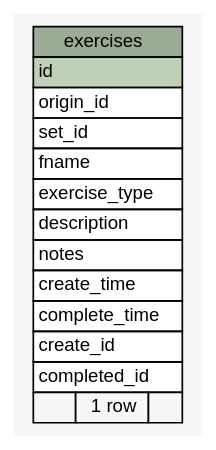
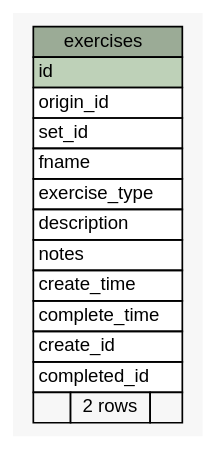
Before and after one commit to btv/DED_backend: the diagram in dbDocs/diagrams/summary/exercises.1degree.dot, drawn with Graphviz. The commit also changed 19 other files, not shown here.

```diff
--- a/dbDocs/diagrams/summary/exercises.1degree.dot
+++ b/dbDocs/diagrams/summary/exercises.1degree.dot
@@ -1,40 +1,40 @@
 // dot 2.42.3 on Mac OS X 10.15.4
 // SchemaSpy rev 590
 digraph "exercises" {
   graph [
     rankdir="RL"
     bgcolor="#f7f7f7"
     nodesep="0.18"
     ranksep="0.46"
     fontname="Helvetica"
     fontsize="11"
   ];
   node [
     fontname="Helvetica"
     fontsize="11"
     shape="plaintext"
   ];
   edge [
     arrowsize="0.8"
   ];
   "exercises" [
     label=<
     <TABLE BORDER="0" CELLBORDER="1" CELLSPACING="0" BGCOLOR="#ffffff">
       <TR><TD COLSPAN="3" BGCOLOR="#9bab96" ALIGN="CENTER">exercises</TD></TR>
       <TR><TD PORT="id" COLSPAN="3" BGCOLOR="#bed1b8" ALIGN="LEFT">id</TD></TR>
       <TR><TD PORT="origin_id" COLSPAN="3" ALIGN="LEFT">origin_id</TD></TR>
       <TR><TD PORT="set_id" COLSPAN="3" ALIGN="LEFT">set_id</TD></TR>
       <TR><TD PORT="fname" COLSPAN="3" ALIGN="LEFT">fname</TD></TR>
       <TR><TD PORT="exercise_type" COLSPAN="3" ALIGN="LEFT">exercise_type</TD></TR>
       <TR><TD PORT="description" COLSPAN="3" ALIGN="LEFT">description</TD></TR>
       <TR><TD PORT="notes" COLSPAN="3" ALIGN="LEFT">notes</TD></TR>
       <TR><TD PORT="create_time" COLSPAN="3" ALIGN="LEFT">create_time</TD></TR>
       <TR><TD PORT="complete_time" COLSPAN="3" ALIGN="LEFT">complete_time</TD></TR>
       <TR><TD PORT="create_id" COLSPAN="3" ALIGN="LEFT">create_id</TD></TR>
       <TR><TD PORT="completed_id" COLSPAN="3" ALIGN="LEFT">completed_id</TD></TR>
-      <TR><TD ALIGN="LEFT" BGCOLOR="#f7f7f7">  </TD><TD ALIGN="RIGHT" BGCOLOR="#f7f7f7">1 row</TD><TD ALIGN="RIGHT" BGCOLOR="#f7f7f7">  </TD></TR>
+      <TR><TD ALIGN="LEFT" BGCOLOR="#f7f7f7">  </TD><TD ALIGN="RIGHT" BGCOLOR="#f7f7f7">2 rows</TD><TD ALIGN="RIGHT" BGCOLOR="#f7f7f7">  </TD></TR>
     </TABLE>>
     URL="tables/exercises.html"
     tooltip="exercises"
   ];
 }
```
